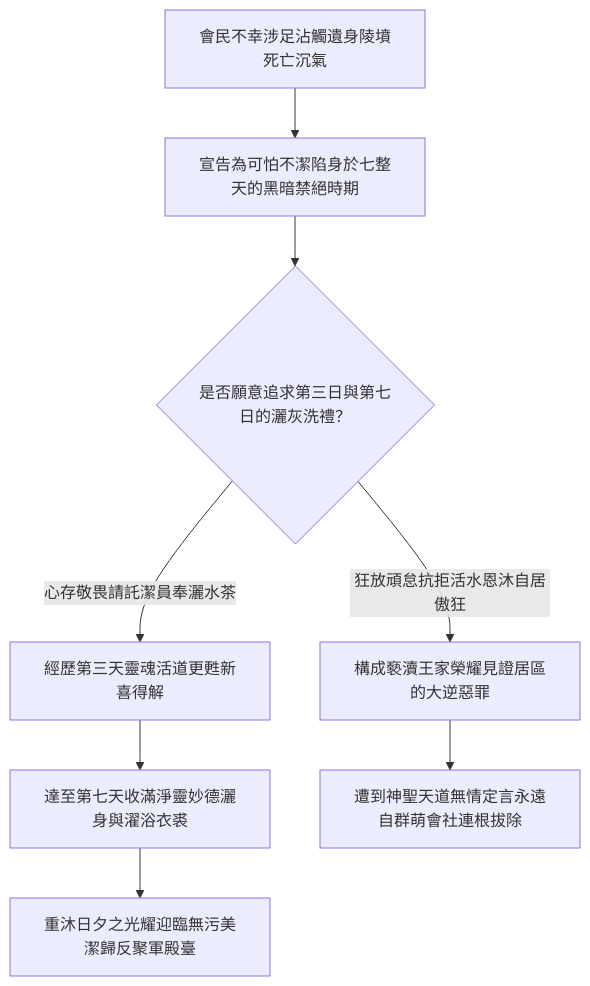
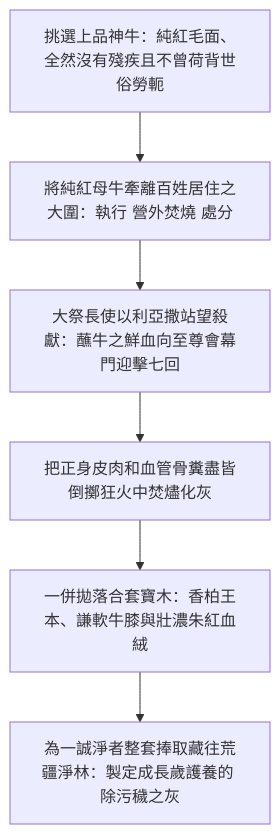
The first of 3 diagrams in content/04 民數記/第19章.md (andyjr5566/Bible_wiki_zh_website), drawn with Mermaid before and after one commit. The commit also changed other lines of this file and 471 other files, not shown here.

````diff
--- a/content/04 民數記/第19章.md
+++ b/content/04 民數記/第19章.md
@@ -69,10 +59,8 @@
 ```mermaid
 flowchart TD
-  A["會民不幸涉足沾觸遺身陵墳死亡沉氣"] --> B["宣告為可怕不潔陷身於七整天的黑暗禁絕時期"]
-  B --> C{"是否願意追求第三日與第七日的灑灰洗禮？"}
-  C -->|"心存敬畏請託潔員奉灑水茶"| D["經歷第三天靈魂活道更甦新喜得解"]
-  D --> E["達至第七天收滿淨靈妙德灑身與濯浴衣裘"]
-  E --> F["重沐日夕之光耀迎臨無污美潔歸反聚軍殿臺"]
-  C -->|"狂放頑怠抗拒活水恩沐自居傲狂"| G["構成褻瀆王家榮耀見證居區的大逆惡罪"]
-  G --> H["遭到神聖天道無情定言永遠自群萌會社連根拔除"]
+    A["挑選上品神牛：純紅毛面、全然沒有殘疾且不曾荷背世俗勞軛"] --> B["將純紅母牛牽離百姓居住之大圍：執行 營外焚燒 處分"]
+    B --> C["大祭長使以利亞撒站望殺獻：蘸牛之鮮血向至尊會幕門迎擊七回"]
+    C --> D["把正身皮肉和血管骨糞盡皆倒擲狂火中焚燼化灰"]
+    D --> E["一併拋落合套寶木：香柏王本、謙軟牛膝與壯濃朱紅血絨"]
+    E --> F["為一誠淨者整套捧取藏往荒疆淨林：製定成長歲護養的 除污穢之灰"]
 ```
````
